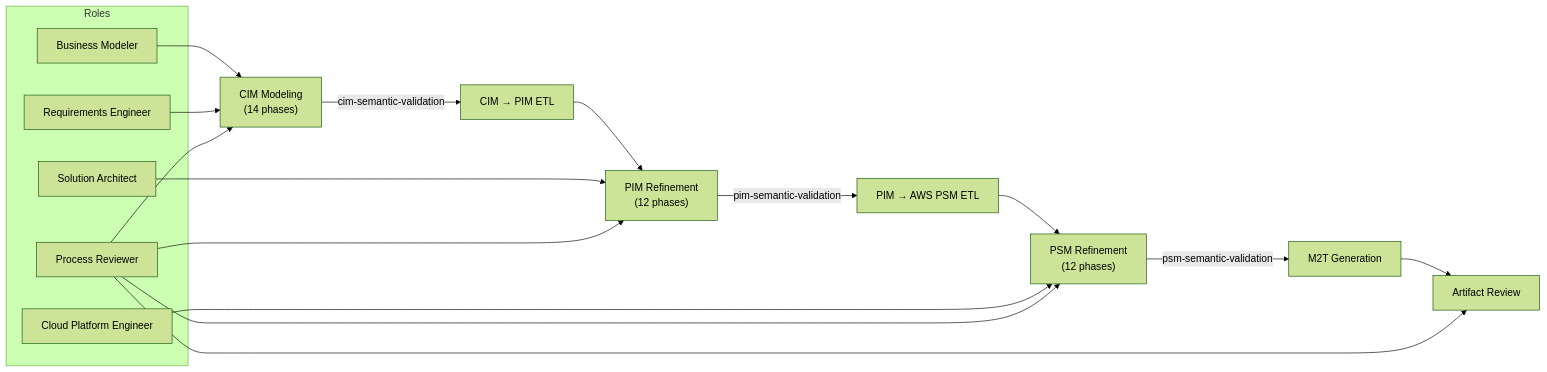
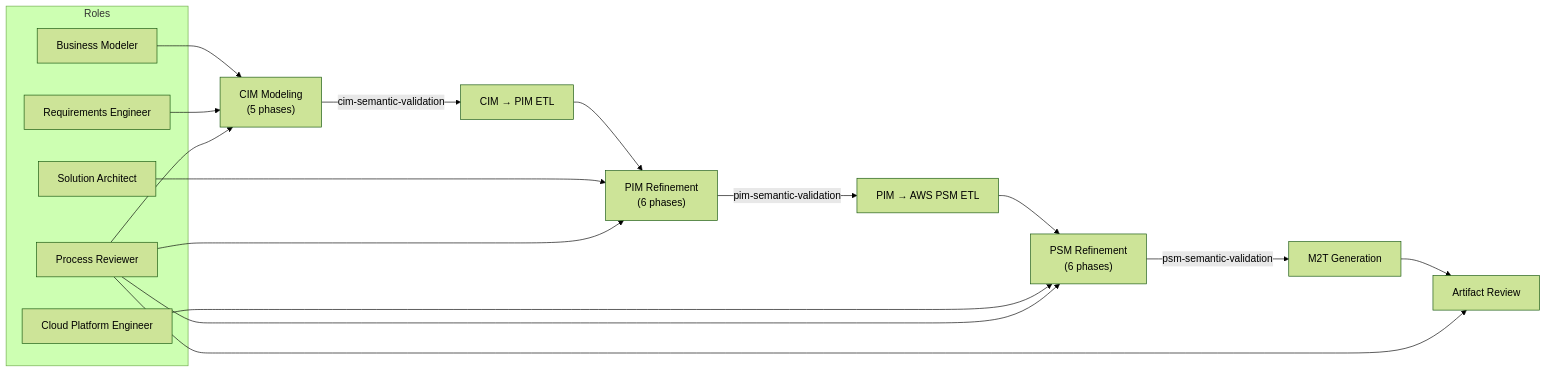
One commit to mehdieidi/modriss changed the first of 2 diagrams in docs/public-docs/docs/guides/end-to-end-modeling-methodology.md. Above: the diagram before and after it, drawn with Mermaid (forest theme). The commit also changed other lines of this file and 65 other files, not shown here.

````diff
--- a/docs/public-docs/docs/guides/end-to-end-modeling-methodology.md
+++ b/docs/public-docs/docs/guides/end-to-end-modeling-methodology.md
@@ -23,33 +33,33 @@
 ```mermaid
 flowchart LR
   subgraph roles [Roles]
     BE[Business Modeler]
     RE[Requirements Engineer]
     SA[Solution Architect]
     CE[Cloud Platform Engineer]
     RV[Process Reviewer]
   end
 
-  CIM["CIM Modeling<br/>(14 phases)"]
+  CIM["CIM Modeling<br/>(5 phases)"]
   T1[CIM → PIM ETL]
-  PIM["PIM Refinement<br/>(12 phases)"]
+  PIM["PIM Refinement<br/>(6 phases)"]
   T2[PIM → AWS PSM ETL]
-  PSM["PSM Refinement<br/>(12 phases)"]
+  PSM["PSM Refinement<br/>(6 phases)"]
   GEN[M2T Generation]
   ART[Artifact Review]
 
   BE --> CIM
   RE --> CIM
   CIM -->|cim-semantic-validation| T1
   T1 --> PIM
   SA --> PIM
   PIM -->|pim-semantic-validation| T2
   T2 --> PSM
   CE --> PSM
   PSM -->|psm-semantic-validation| GEN
   GEN --> ART
   RV --> CIM
   RV --> PIM
   RV --> PSM
   RV --> ART
 ```
````
